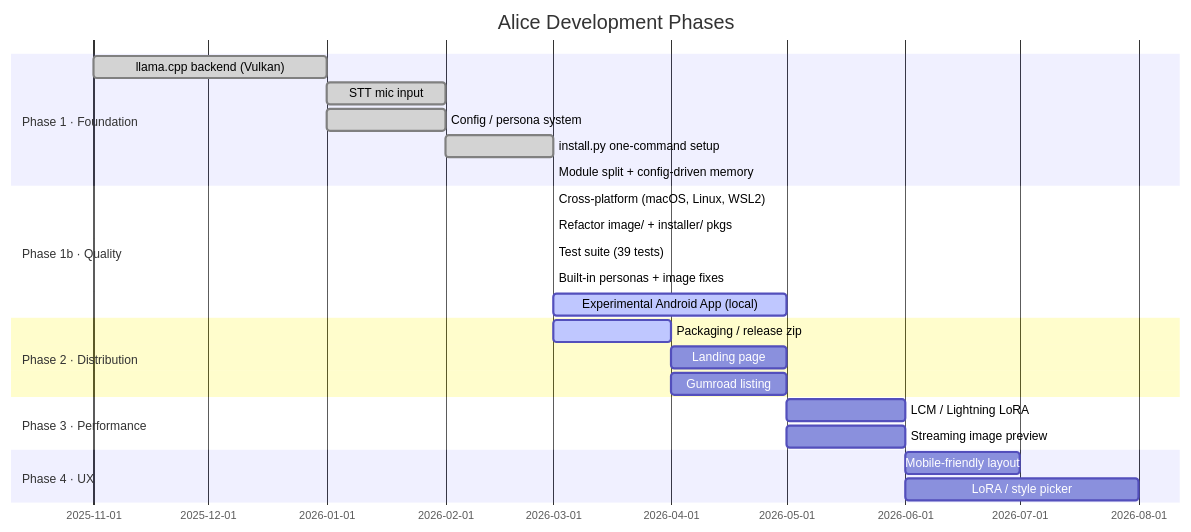
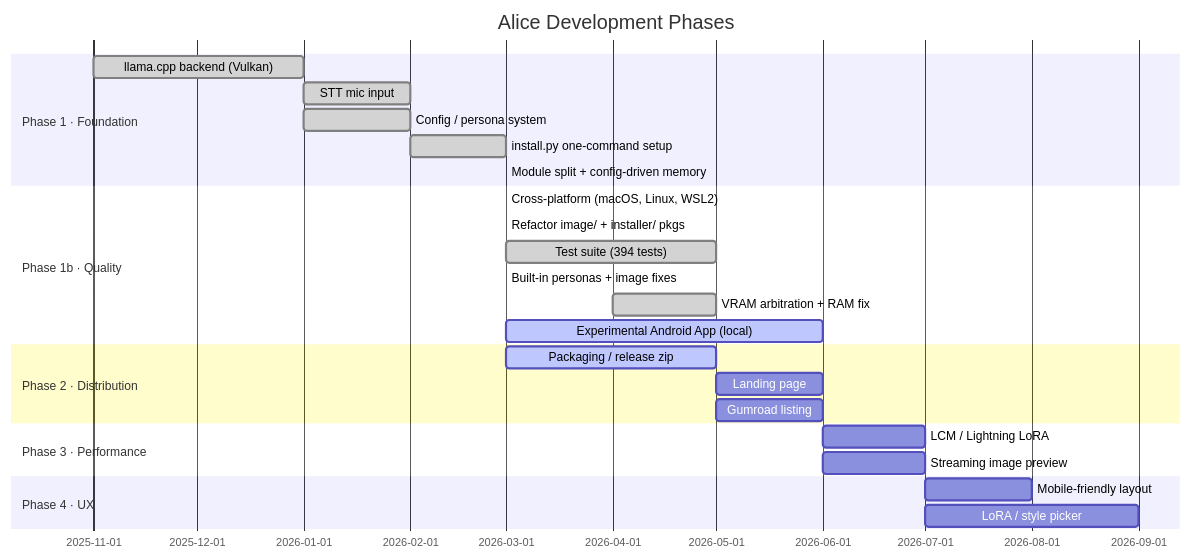
One commit to cschladetsch/PyLocalEnsemble changed the second of 3 diagrams in Roadmap.md. Above: the diagram before and after it, drawn with Mermaid. The commit also changed other lines of this file and 2 other files, not shown here.

First line of the commit message:
Update all .md files with accurate mermaid diagrams

````diff
--- a/Roadmap.md
+++ b/Roadmap.md
@@ -82,32 +90,33 @@
 ```mermaid
 gantt
     dateFormat  YYYY-MM
     title Alice Development Phases
 
     section Phase 1 · Foundation
     llama.cpp backend (Vulkan)          :done, 2025-11, 2026-01
     STT mic input                       :done, 2026-01, 2026-02
     Config / persona system             :done, 2026-01, 2026-02
     install.py one-command setup        :done, 2026-02, 2026-03
     Module split + config-driven memory :done, 2026-03, 2026-03
 
     section Phase 1b · Quality
     Cross-platform (macOS, Linux, WSL2) :done, 2026-03, 2026-03
     Refactor image/ + installer/ pkgs   :done, 2026-03, 2026-03
-    Test suite (39 tests)               :done, 2026-03, 2026-03
+    Test suite (394 tests)              :done, 2026-03, 2026-05
     Built-in personas + image fixes     :done, 2026-03, 2026-03
-    Experimental Android App (local)    :active, 2026-03, 2026-05
+    VRAM arbitration + RAM fix          :done, 2026-04, 2026-05
+    Experimental Android App (local)    :active, 2026-03, 2026-06
 
     section Phase 2 · Distribution
-    Packaging / release zip             :active, 2026-03, 2026-04
-    Landing page                        :2026-04, 2026-05
-    Gumroad listing                     :2026-04, 2026-05
+    Packaging / release zip             :active, 2026-03, 2026-05
+    Landing page                        :2026-05, 2026-06
+    Gumroad listing                     :2026-05, 2026-06
 
     section Phase 3 · Performance
-    LCM / Lightning LoRA                :2026-05, 2026-06
-    Streaming image preview             :2026-05, 2026-06
+    LCM / Lightning LoRA                :2026-06, 2026-07
+    Streaming image preview             :2026-06, 2026-07
 
     section Phase 4 · UX
-    Mobile-friendly layout              :2026-06, 2026-07
-    LoRA / style picker                 :2026-06, 2026-08
+    Mobile-friendly layout              :2026-07, 2026-08
+    LoRA / style picker                 :2026-07, 2026-09
 ```
````
